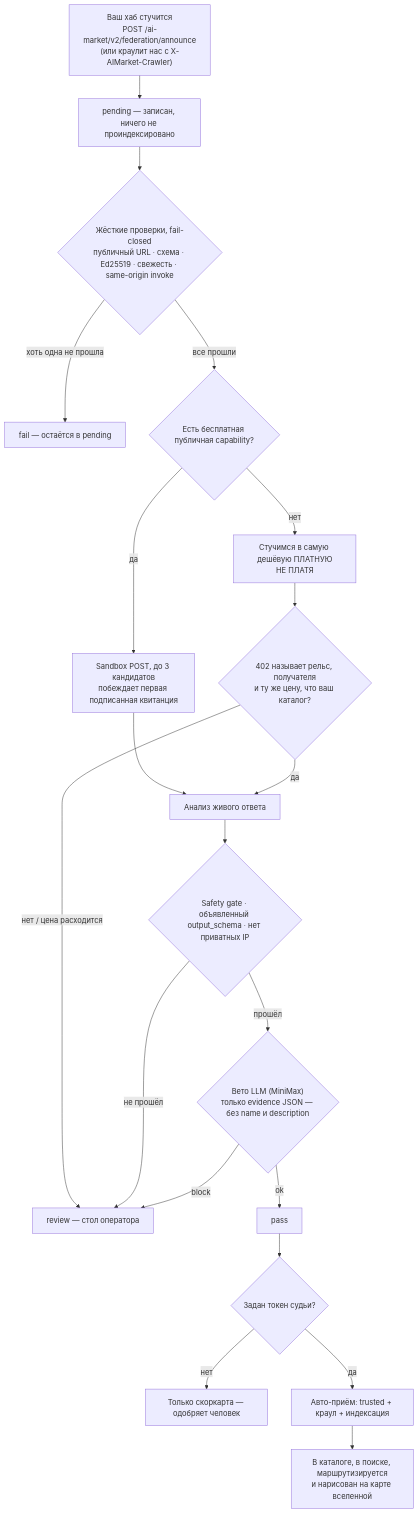
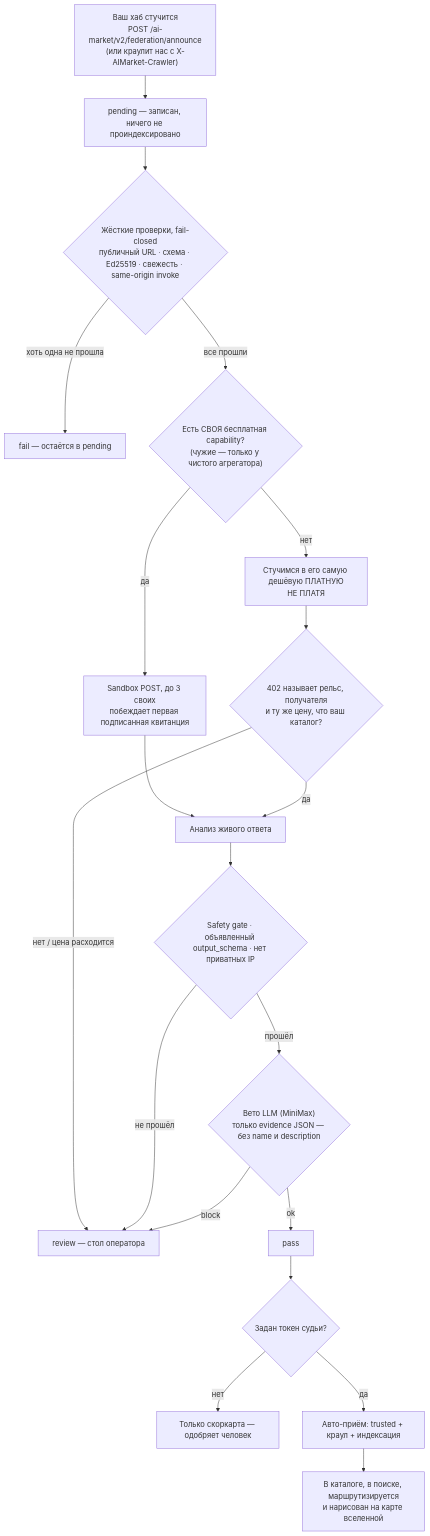
The first of 2 diagrams in docs/join-the-federation.ru.md (alexar76/aicom), drawn with Mermaid before and after one commit. The commit also changed other lines of this file and 496 other files, not shown here.

````diff
--- a/docs/join-the-federation.ru.md
+++ b/docs/join-the-federation.ru.md
@@ -91,22 +102,22 @@
 ```mermaid
 flowchart TD
     A["Ваш хаб стучится<br/>POST /ai-market/v2/federation/announce<br/>(или краулит нас с X-AIMarket-Crawler)"] --> C["pending — записан, ничего не проиндексировано"]
     C --> E{"Жёсткие проверки, fail-closed<br/>публичный URL · схема · Ed25519 · свежесть · same-origin invoke"}
     E -- "хоть одна не прошла" --> F["fail — остаётся в pending"]
-    E -- "все прошли" --> G{"Есть бесплатная публичная capability?"}
-    G -- "да" --> H["Sandbox POST, до 3 кандидатов<br/>побеждает первая подписанная квитанция"]
-    G -- "нет" --> I["Стучимся в самую дешёвую ПЛАТНУЮ<br/>НЕ ПЛАТЯ"]
+    E -- "все прошли" --> G{"Есть СВОЯ бесплатная capability?<br/>(чужие — только у чистого агрегатора)"}
+    G -- "да" --> H["Sandbox POST, до 3 своих<br/>побеждает первая подписанная квитанция"]
+    G -- "нет" --> I["Стучимся в его самую дешёвую ПЛАТНУЮ<br/>НЕ ПЛАТЯ"]
     I --> J{"402 называет рельс, получателя<br/>и ту же цену, что ваш каталог?"}
     H --> K["Анализ живого ответа"]
     J -- "да" --> K
     J -- "нет / цена расходится" --> R["review — стол оператора"]
     K --> L{"Safety gate · объявленный output_schema · нет приватных IP"}
     L -- "не прошёл" --> R
     L -- "прошёл" --> M{"Вето LLM (MiniMax)<br/>только evidence JSON — без name и description"}
     M -- "block" --> R
     M -- "ok" --> N["pass"]
     N --> O{"Задан токен судьи?"}
     O -- "нет" --> P["Только скоркарта — одобряет человек"]
     O -- "да" --> Q["Авто-приём: trusted + краул + индексация"]
     Q --> S["В каталоге, в поиске, маршрутизируется<br/>и нарисован на карте вселенной"]
 ```
````
